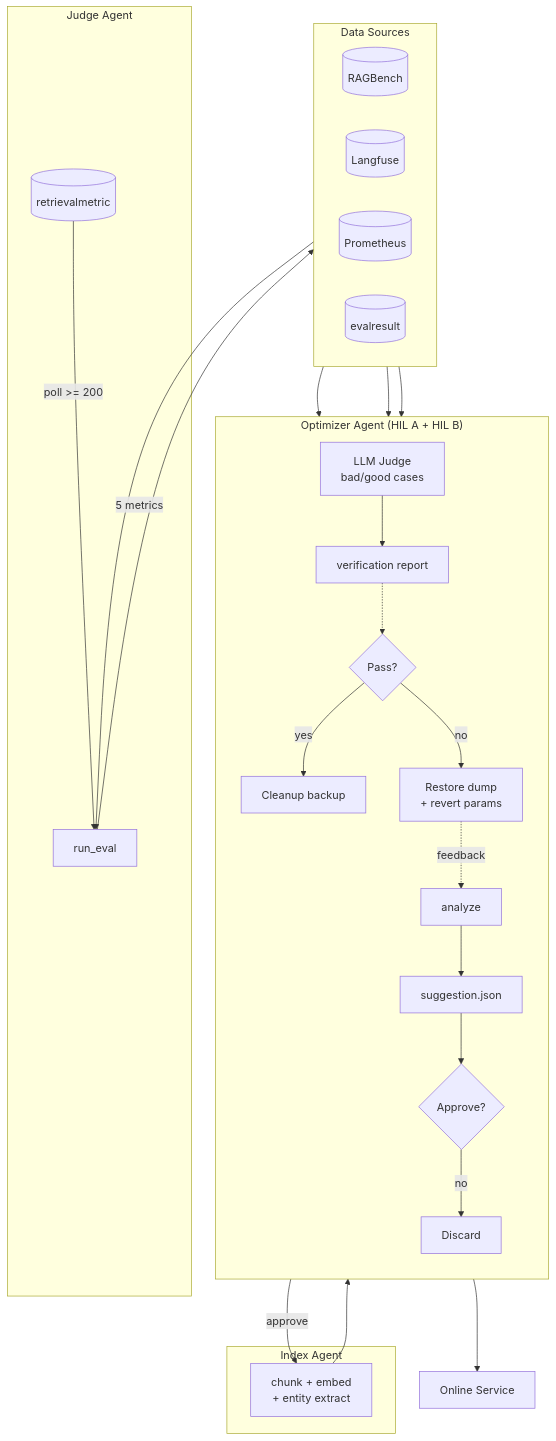
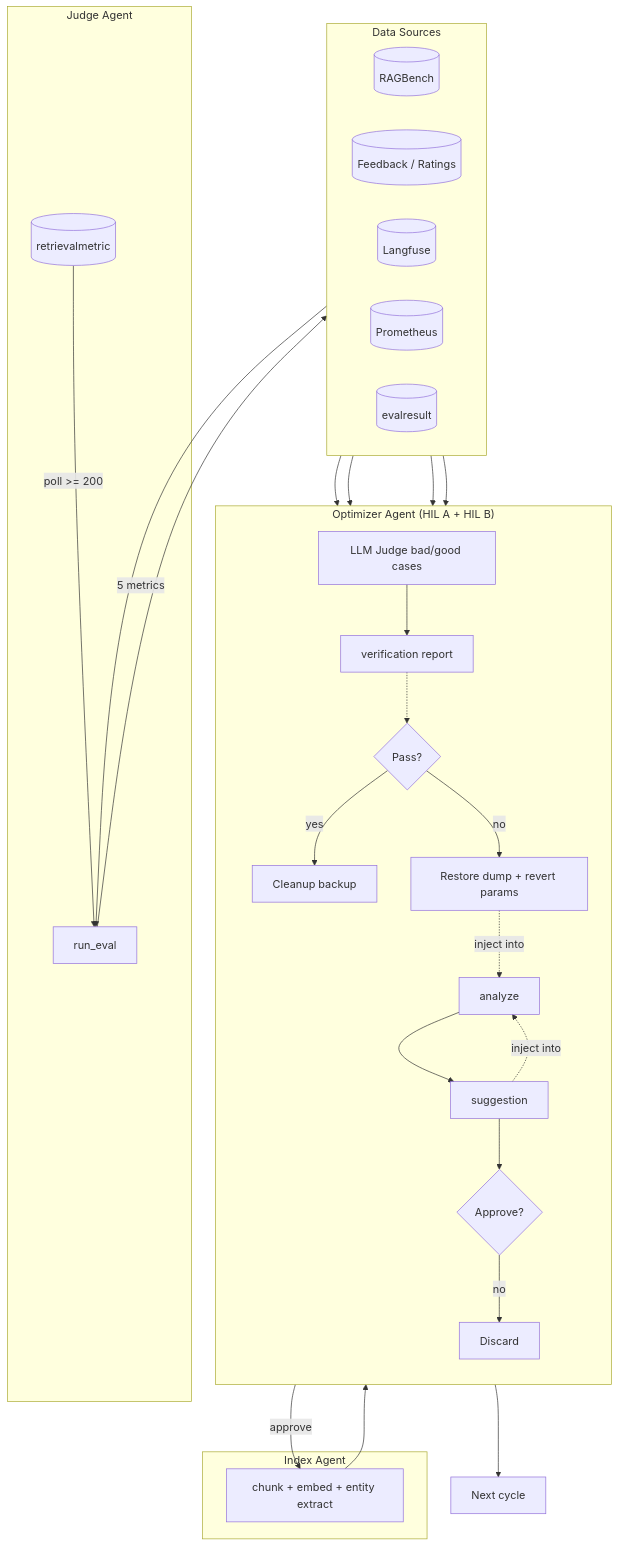
One commit to kanchengw/NexusGraph changed the third of 3 diagrams in README.md. Above: the diagram before and after it, drawn with Mermaid. The commit also changed other lines of this file and 15 other files, not shown here.

````diff
--- a/README.md
+++ b/README.md
@@ -87,37 +87,39 @@
 ```mermaid
 flowchart TB
     subgraph Source["Data Sources"]
         direction LR
         RB[("RAGBench")]
+        FB[("Feedback / Ratings")]
         LF[("Langfuse")]
         PR[("Prometheus")]
         ER[("evalresult")]
     end
 
     subgraph Judge["Judge Agent"]
-        RM[(retrievalmetric)] -->|poll >= 200| EV[run_eval]
-        EV -->|5 metrics| ER
+        RM[(retrievalmetric)] -->|"poll >= 200"| EV[run_eval]
+        EV -->|"5 metrics"| ER
     end
 
     subgraph Optimizer["Optimizer Agent (HIL A + HIL B)"]
         direction TB
-        ANL[analyze] --> SUG[suggestion.json]
+        ANL[analyze] --> SUG[suggestion]
         SUG --> HILA{Approve?}
         HILA -->|no| XX[Discard]
-        VF["LLM Judge\nbad/good cases"] --> REP[verification report]
+        VF["LLM Judge bad/good cases"] --> REP[verification report]
         REP -.-> HILB{Pass?}
         HILB -->|yes| CL[Cleanup backup]
-        HILB -->|no| RBK["Restore dump\n+ revert params"]
-        RBK -.->|feedback| ANL
+        HILB -->|no| RBK["Restore dump + revert params"]
+        SUG -.->|"inject into"| ANL
+        RBK -.->|"inject into"| ANL
     end
 
     subgraph Index["Index Agent"]
-        IDX["chunk + embed\n+ entity extract"]
+        IDX["chunk + embed + entity extract"]
     end
 
     HILA -->|approve| IDX
     IDX --> VF
-    LF & PR & ER --> ANL
+    LF & PR & ER & FB --> ANL
     RB --> EV
-    CL --> ONLINE[Online Service]
+    CL --> NEXT["Next cycle"]
 ```
````
